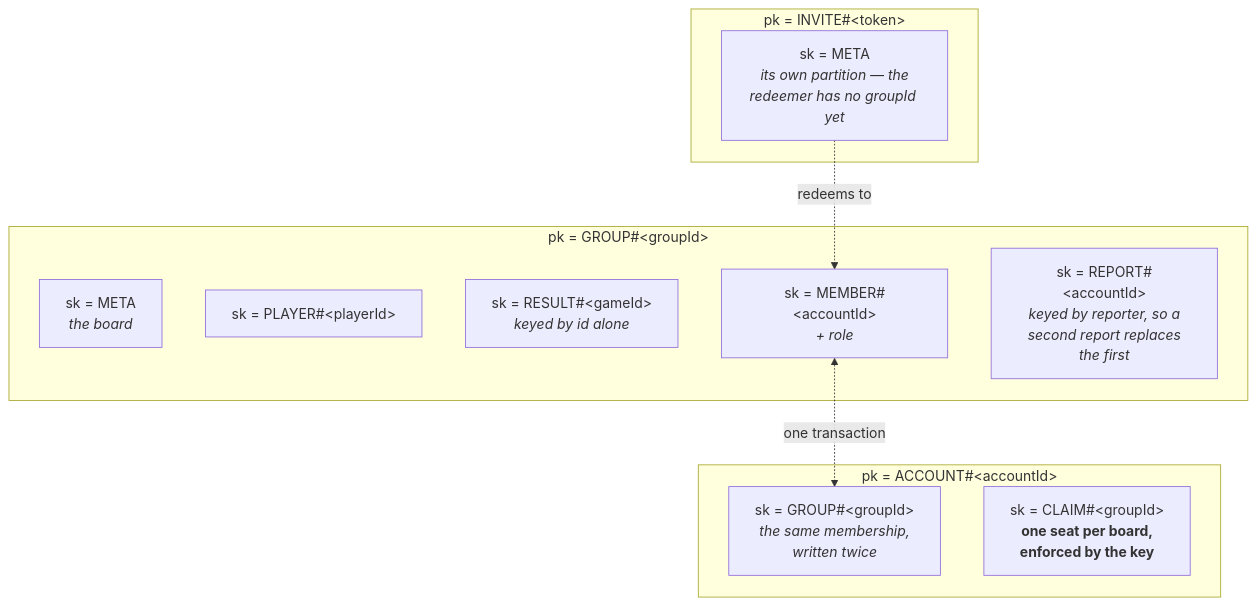
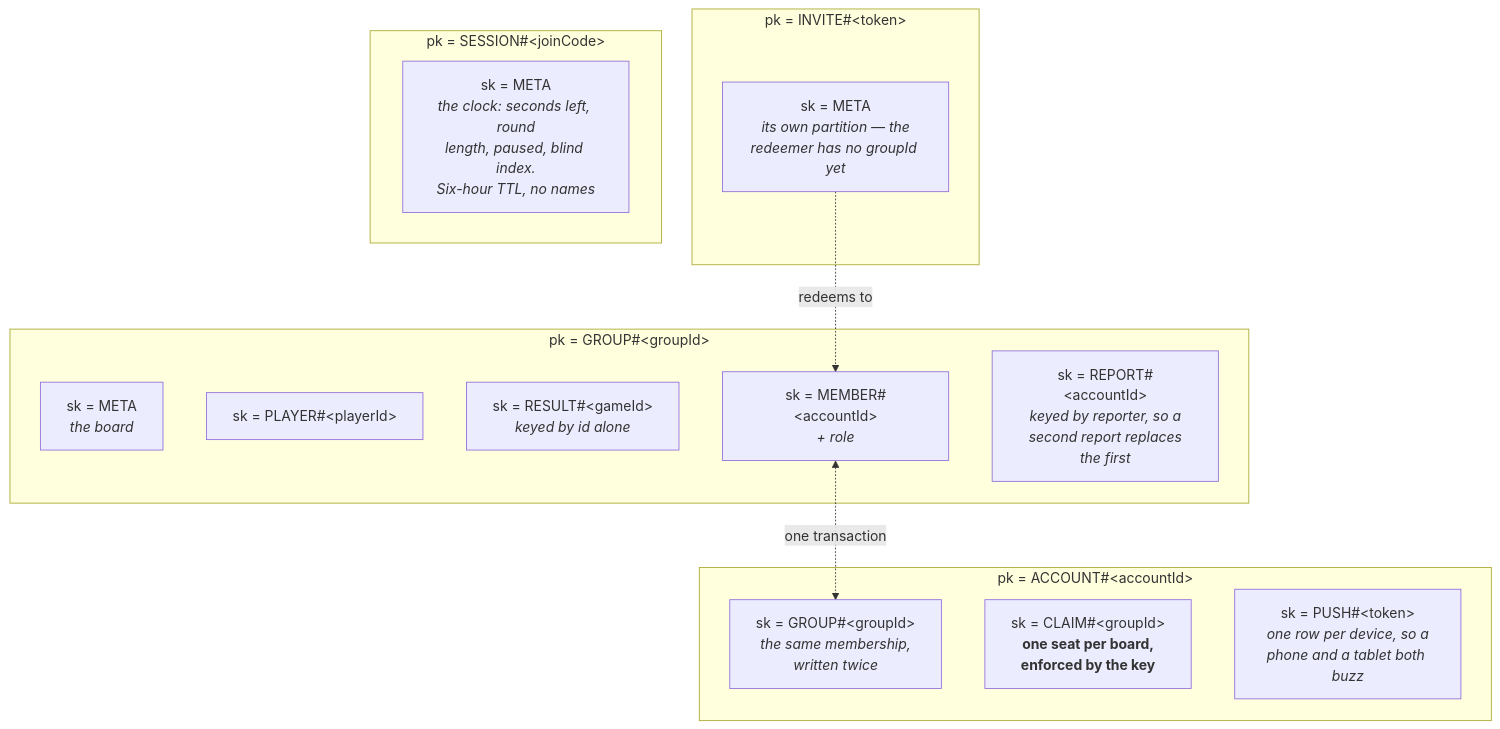
The second of 2 diagrams in ARCHITECTURE.md (toondeboer/poker), drawn with Mermaid before and after one commit. The commit also changed other lines of this file and 5 other files, not shown here.

````diff
--- a/ARCHITECTURE.md
+++ b/ARCHITECTURE.md
@@ -188,22 +197,27 @@
 ```mermaid
 flowchart TB
   subgraph G["pk = GROUP#&lt;groupId&gt;"]
     GM["sk = META<br/><i>the board</i>"]
     GP["sk = PLAYER#&lt;playerId&gt;"]
     GR["sk = RESULT#&lt;gameId&gt;<br/><i>keyed by id alone</i>"]
     GB["sk = MEMBER#&lt;accountId&gt;<br/><i>+ role</i>"]
     GX["sk = REPORT#&lt;accountId&gt;<br/><i>keyed by reporter, so a<br/>second report replaces<br/>the first</i>"]
   end
 
   subgraph A["pk = ACCOUNT#&lt;accountId&gt;"]
     AM["sk = GROUP#&lt;groupId&gt;<br/><i>the same membership,<br/>written twice</i>"]
     AC["sk = CLAIM#&lt;groupId&gt;<br/><b>one seat per board,<br/>enforced by the key</b>"]
+    AP["sk = PUSH#&lt;token&gt;<br/><i>one row per device, so a<br/>phone and a tablet both buzz</i>"]
   end
 
   subgraph I["pk = INVITE#&lt;token&gt;"]
     IM["sk = META<br/><i>its own partition — the<br/>redeemer has no groupId yet</i>"]
   end
 
+  subgraph S["pk = SESSION#&lt;joinCode&gt;"]
+    SM["sk = META<br/><i>the clock: seconds left, round<br/>length, paused, blind index.<br/>Six-hour TTL, no names</i>"]
+  end
+
   GB <-.->|"one transaction"| AM
   IM -.->|"redeems to"| GB
 ```
````
